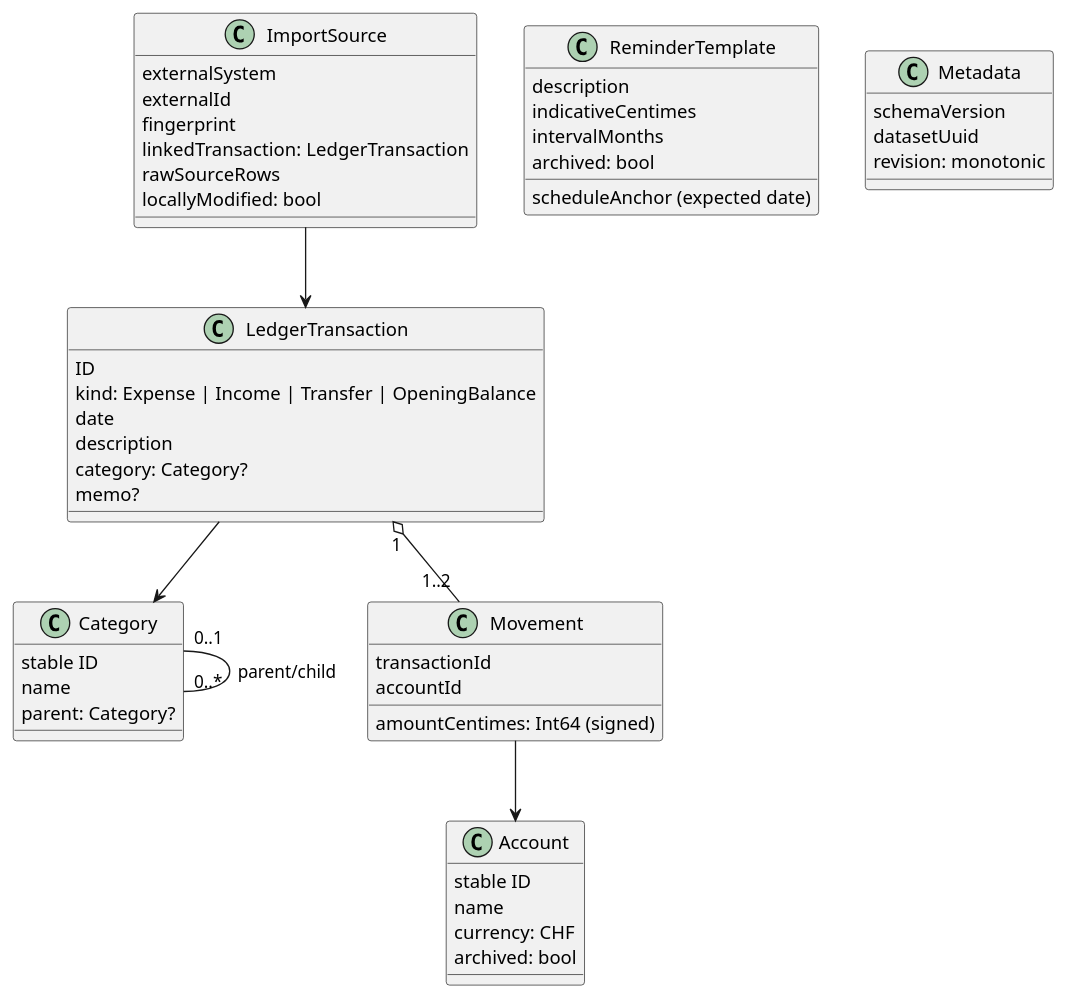
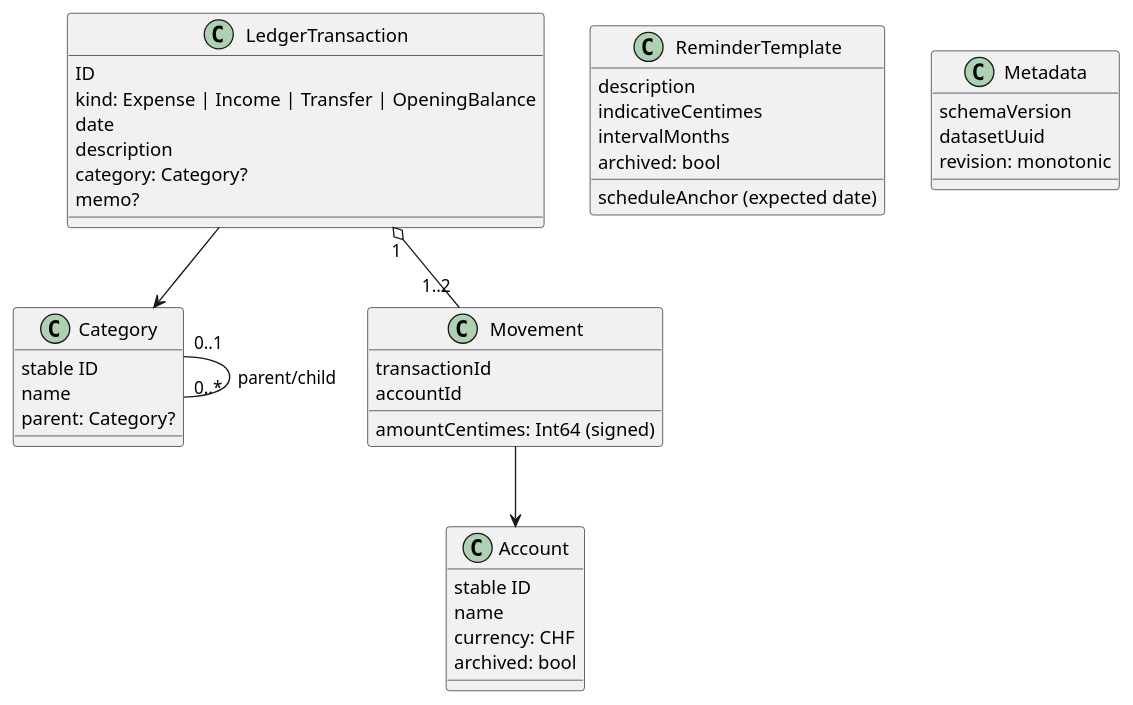
One commit to Tariatan/Balancia changed the second of 5 diagrams in docs/Technical_Design_Description.md. Above: the diagram before and after it, drawn with PlantUML. The commit also changed other lines of this file and 12 other files, not shown here.

````diff
--- a/docs/Technical_Design_Description.md
+++ b/docs/Technical_Design_Description.md
@@ -162,61 +162,51 @@
 ```plantuml
 @startuml
 class Account {
   stable ID
   name
   currency: CHF
   archived: bool
 }
 
 class Category {
   stable ID
   name
   parent: Category?
   ' at most two levels
 }
 
 class LedgerTransaction {
   ID
   kind: Expense | Income | Transfer | OpeningBalance
   date
   description
   category: Category?
   memo?
 }
 
 class Movement {
   transactionId
   accountId
   amountCentimes: Int64 (signed)
 }
 
 class ReminderTemplate {
   description
   indicativeCentimes
   intervalMonths
   scheduleAnchor (expected date)
   archived: bool
 }
 
-class ImportSource {
-  externalSystem
-  externalId
-  fingerprint
-  linkedTransaction: LedgerTransaction
-  rawSourceRows
-  locallyModified: bool
-}
-
 class Metadata {
   schemaVersion
   datasetUuid
   revision: monotonic
 }
 
 LedgerTransaction "1" o-- "1..2" Movement
 Category "0..1" -- "0..*" Category : parent/child
 LedgerTransaction --> Category
 Movement --> Account
-ImportSource --> LedgerTransaction
 @enduml
 ```
````
